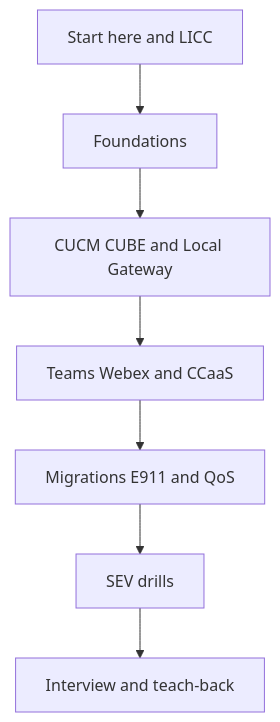
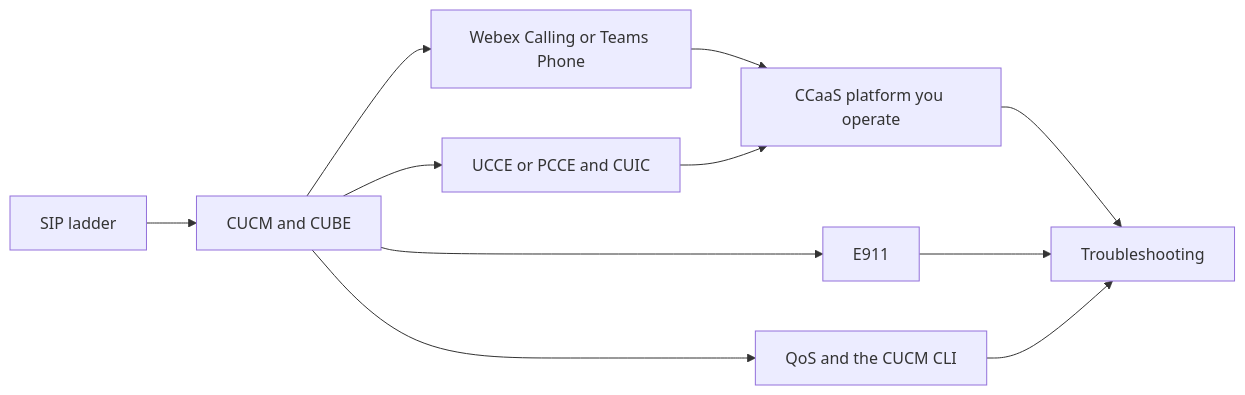
One commit to CypherMonkeyLabs/uc-lab-free-university-mesmerizing changed the diagram in README.md. Above: the diagram before and after it, drawn with Mermaid. The commit also changed other lines of this file and 24 other files, not shown here.

````diff
--- a/README.md
+++ b/README.md
@@ -140,9 +42,13 @@
 ```mermaid
-flowchart TD
-  A[Start here and LICC] --> B[Foundations]
-  B --> C[CUCM CUBE and Local Gateway]
-  C --> D[Teams Webex and CCaaS]
-  D --> E[Migrations E911 and QoS]
-  E --> F[SEV drills]
-  F --> G[Interview and teach-back]
+flowchart LR
+  A[SIP ladder] --> B[CUCM and CUBE]
+  B --> C[Webex Calling or Teams Phone]
+  B --> D[UCCE or PCCE and CUIC]
+  C --> E[CCaaS platform you operate]
+  D --> E
+  B --> F[E911]
+  B --> G[QoS and the CUCM CLI]
+  E --> H[Troubleshooting]
+  F --> H
+  G --> H
 ```
````
